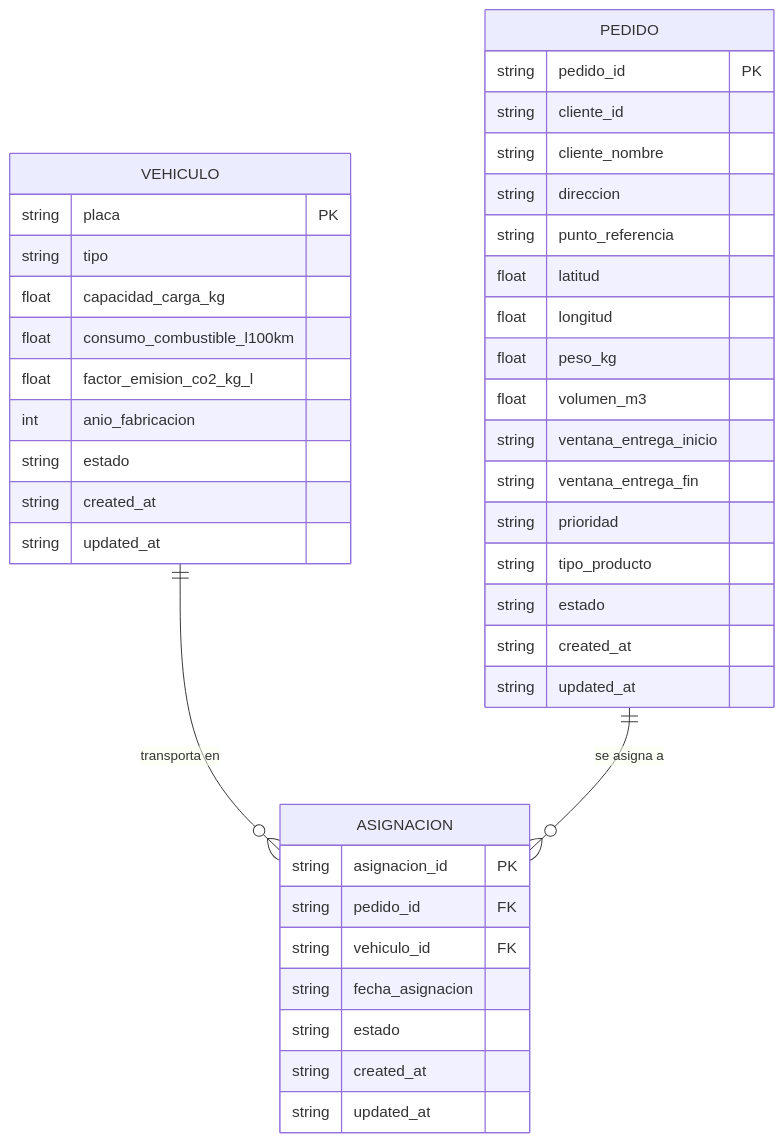
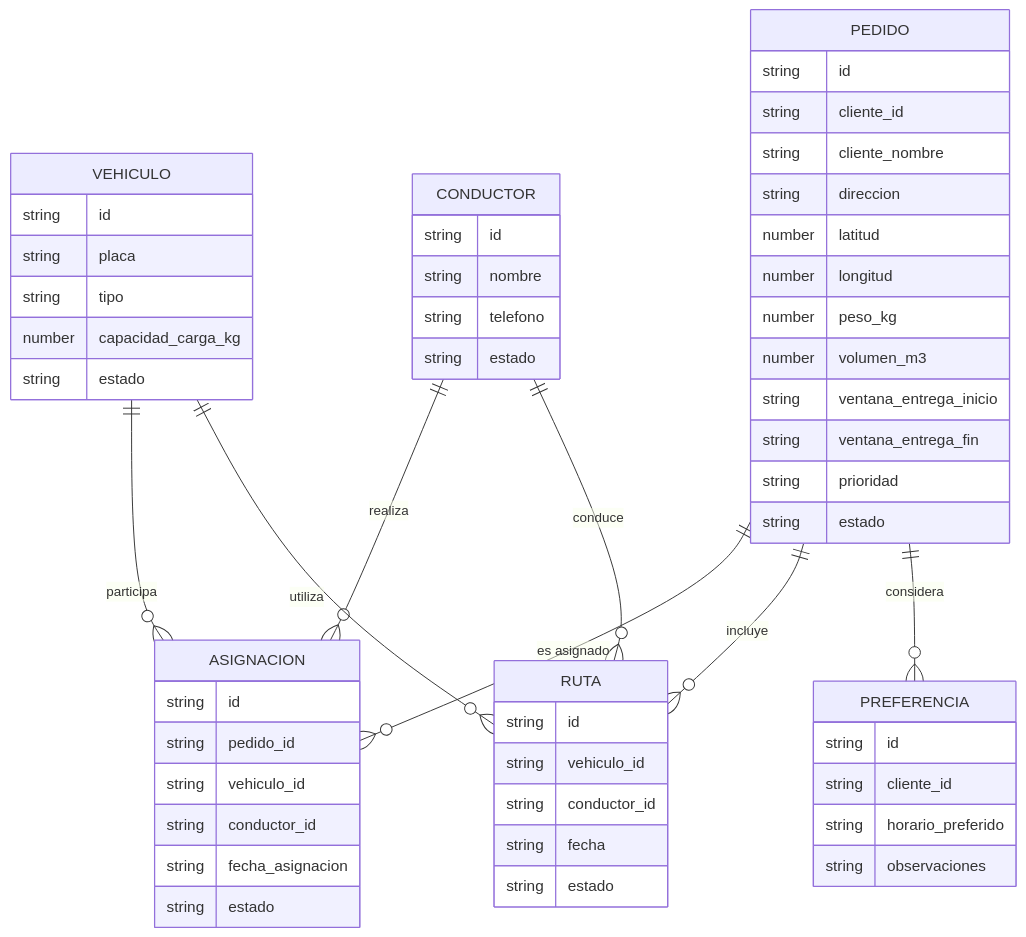
One commit to DayanaJC/EcoRuta-Wanka changed the diagram in docs/01 Inicio/11. Base de datos V_1_0_0.md. Above: the diagram before and after it, drawn with Mermaid. The commit also changed other lines of this file and 16 other files, not shown here.

````diff
--- a/docs/01 Inicio/11. Base de datos V_1_0_0.md
+++ b/docs/01 Inicio/11. Base de datos V_1_0_0.md
@@ -38,46 +51,65 @@
 ```mermaid
 erDiagram
+
     VEHICULO {
-        string placa PK
+        string id
+        string placa
         string tipo
-        float capacidad_carga_kg
-        float consumo_combustible_l100km
-        float factor_emision_co2_kg_l
-        int anio_fabricacion
+        number capacidad_carga_kg
         string estado
-        string created_at
-        string updated_at
     }
 
     PEDIDO {
-        string pedido_id PK
+        string id
         string cliente_id
         string cliente_nombre
         string direccion
-        string punto_referencia
-        float latitud
-        float longitud
-        float peso_kg
-        float volumen_m3
+        number latitud
+        number longitud
+        number peso_kg
+        number volumen_m3
         string ventana_entrega_inicio
         string ventana_entrega_fin
         string prioridad
-        string tipo_producto
         string estado
-        string created_at
-        string updated_at
+    }
+
+    CONDUCTOR {
+        string id
+        string nombre
+        string telefono
+        string estado
     }
 
     ASIGNACION {
-        string asignacion_id PK
-        string pedido_id FK
-        string vehiculo_id FK
+        string id
+        string pedido_id
+        string vehiculo_id
+        string conductor_id
         string fecha_asignacion
         string estado
-        string created_at
-        string updated_at
     }
 
-    VEHICULO ||--o{ ASIGNACION : "transporta en"
-    PEDIDO ||--o{ ASIGNACION : "se asigna a"
+    RUTA {
+        string id
+        string vehiculo_id
+        string conductor_id
+        string fecha
+        string estado
+    }
+
+    PREFERENCIA {
+        string id
+        string cliente_id
+        string horario_preferido
+        string observaciones
+    }
+
+    VEHICULO ||--o{ ASIGNACION : "participa"
+    PEDIDO ||--o{ ASIGNACION : "es asignado"
+    CONDUCTOR ||--o{ ASIGNACION : "realiza"
+    VEHICULO ||--o{ RUTA : "utiliza"
+    CONDUCTOR ||--o{ RUTA : "conduce"
+    PEDIDO ||--o{ RUTA : "incluye"
+    PEDIDO ||--o{ PREFERENCIA : "considera"
 ```
````
